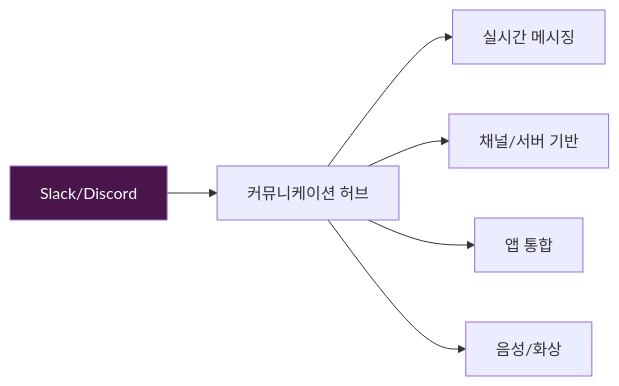
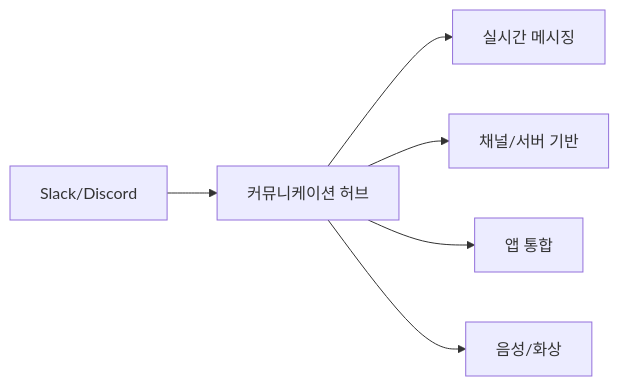
The eighth of 20 diagrams in _md/genai-notion/chapter06/06-2.md (nugurejeil/weniVooks), drawn with Mermaid before and after one commit. The commit also changed other lines of this file and 187 other files, not shown here.

````diff
--- a/_md/genai-notion/chapter06/06-2.md
+++ b/_md/genai-notion/chapter06/06-2.md
@@ -349,11 +340,9 @@
 ```mermaid
 graph LR
     A[Slack/Discord] --> B[커뮤니케이션 허브]
 
     B --> B1[실시간 메시징]
     B --> B2[채널/서버 기반]
     B --> B3[앱 통합]
     B --> B4[음성/화상]
-
-    style A fill:#4A154B,color:#fff
 ```
````
